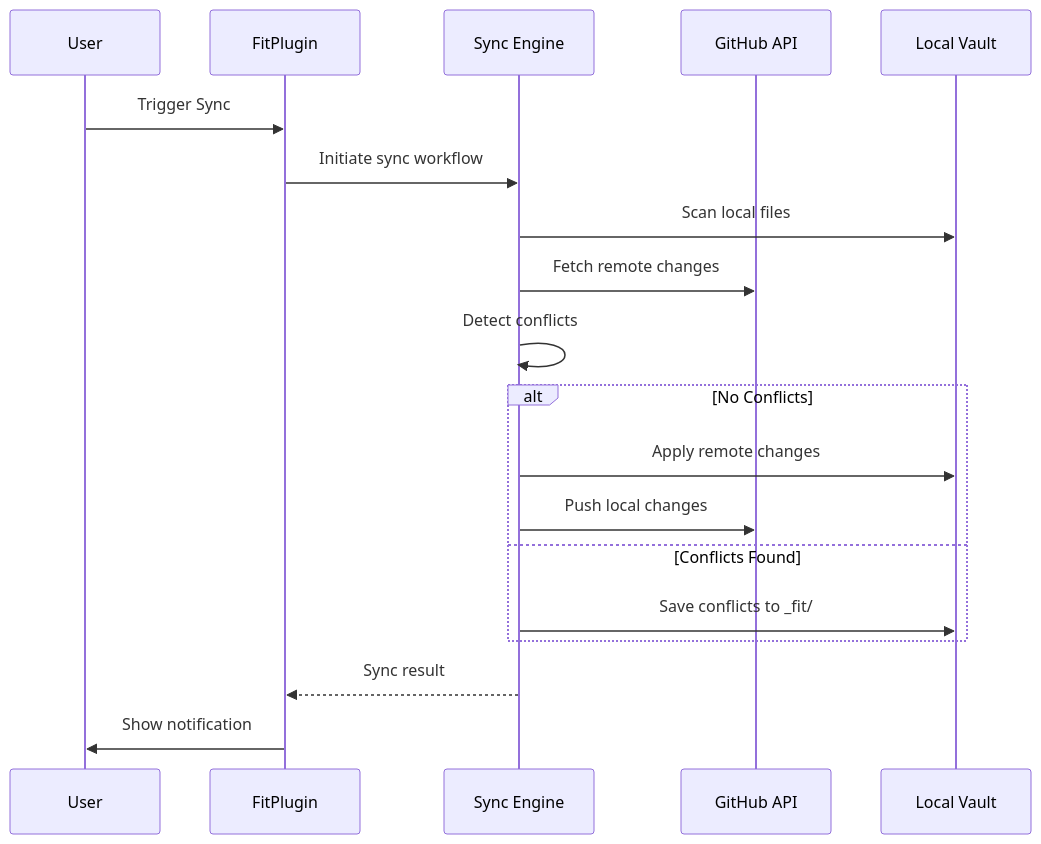
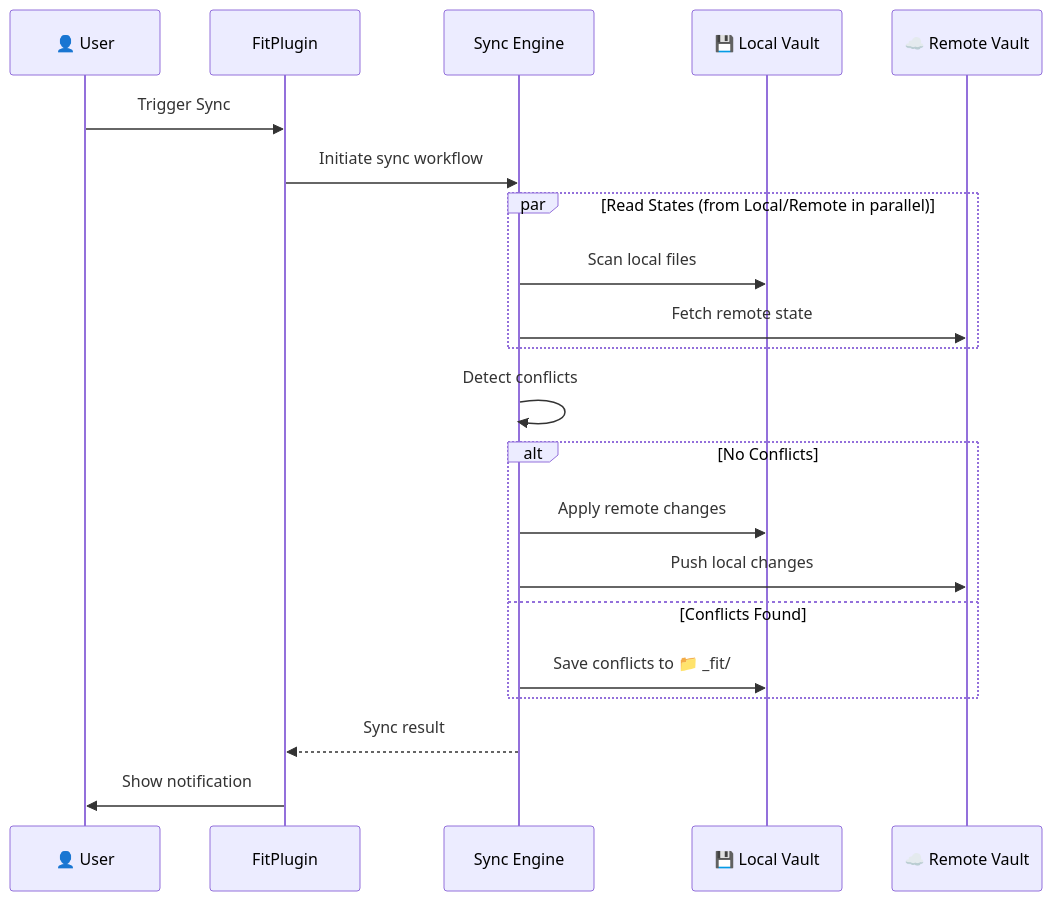
The second of 2 diagrams in docs/architecture.md (joshuakto/fit), drawn with Mermaid before and after one commit. The commit also changed other lines of this file and 1 other file, not shown here.

Commit message:
docs: Enhance architecture/sync-logic diagrams and visuals (#107)

````diff
--- a/docs/architecture.md
+++ b/docs/architecture.md
@@ -88,26 +80,28 @@
 ```mermaid
 sequenceDiagram
-    participant User
+    participant User as 👤 User
     participant Plugin as FitPlugin
     participant Sync as Sync Engine
-    participant GitHub as GitHub API
-    participant Vault as Local Vault
+    participant Local as 💾 Local Vault
+    participant Remote as ☁️ Remote Vault
 
     User->>Plugin: Trigger Sync
     Plugin->>Sync: Initiate sync workflow
 
-    Sync->>Vault: Scan local files
-    Sync->>GitHub: Fetch remote changes
+    par Read States (from Local/Remote in parallel)
+        Sync->>Local: Scan local files
+        Sync->>Remote: Fetch remote state
+    end
 
     Sync->>Sync: Detect conflicts
 
     alt No Conflicts
-        Sync->>Vault: Apply remote changes
-        Sync->>GitHub: Push local changes
+        Sync->>Local: Apply remote changes
+        Sync->>Remote: Push local changes
     else Conflicts Found
-        Sync->>Vault: Save conflicts to _fit/
+        Sync->>Local: Save conflicts to 📁 _fit/
     end
 
     Sync-->>Plugin: Sync result
     Plugin->>User: Show notification
 ```
````
